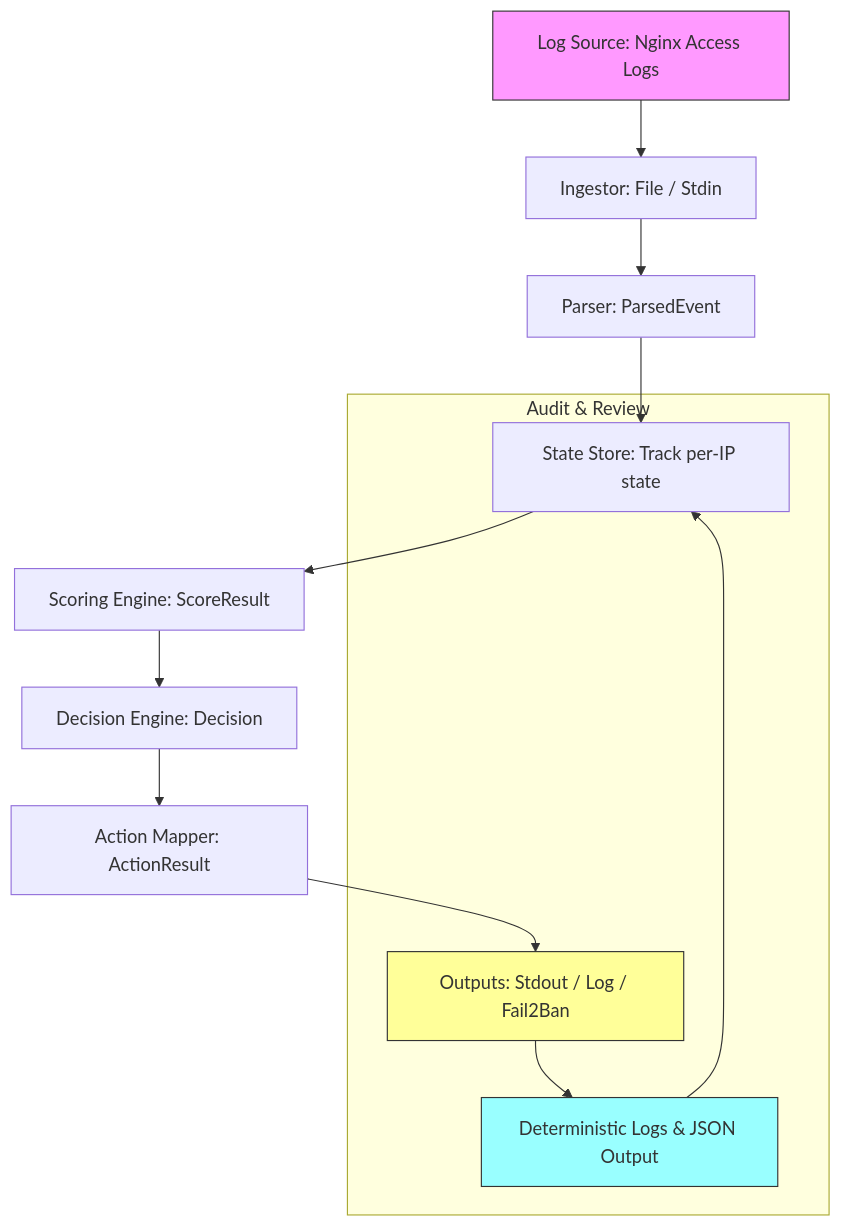
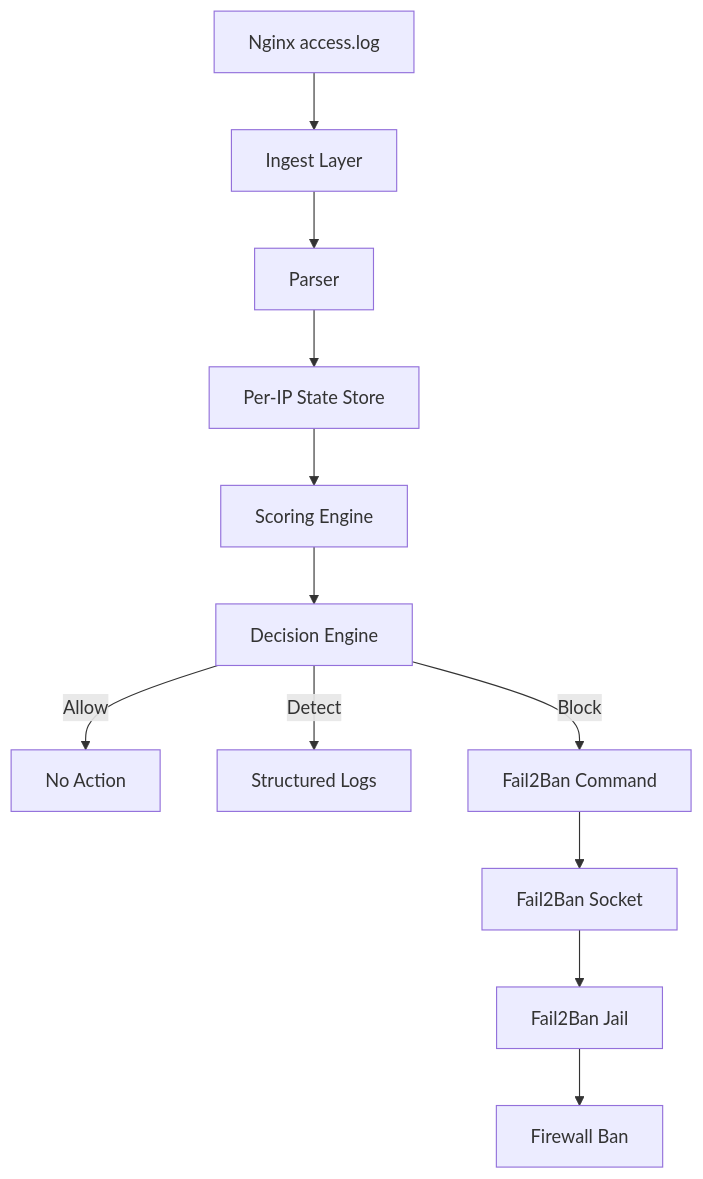
The diagram in README.md (urwithajit9/aargal), drawn with Mermaid before and after one commit. The commit also changed other lines of this file and 16 other files, not shown here.

`````diff
--- a/README.md
+++ b/README.md
@@ -443,19 +57,16 @@
 ```mermaid
 flowchart TD
-    A[Log Source: Nginx Access Logs] --> B[Ingestor: File / Stdin]
-    B --> C[Parser: ParsedEvent]
-    C --> D[State Store: Track per-IP state]
-    D --> E[Scoring Engine: ScoreResult]
-    E --> F[Decision Engine: Decision]
-    F --> G[Action Mapper: ActionResult]
-    G --> H[Outputs: Stdout / Log / Fail2Ban]
+    A[Nginx access.log] --> B[Ingest Layer]
+    B --> C[Parser]
+    C --> D[Per-IP State Store]
+    D --> E[Scoring Engine]
+    E --> F[Decision Engine]
 
-    subgraph "Audit & Review"
-        H --> I[Deterministic Logs & JSON Output]
-        I --> D
-    end
+    F -->|Allow| G[No Action]
+    F -->|Detect| H[Structured Logs]
+    F -->|Block| I[Fail2Ban Command]
 
-    style A fill:#f9f,stroke:#333,stroke-width:1px
-    style H fill:#ff9,stroke:#333,stroke-width:1px
-    style I fill:#9ff,stroke:#333,stroke-width:1px
-```
+    I --> J[Fail2Ban Socket]
+    J --> K[Fail2Ban Jail]
+    K --> L[Firewall Ban]
+````
`````
